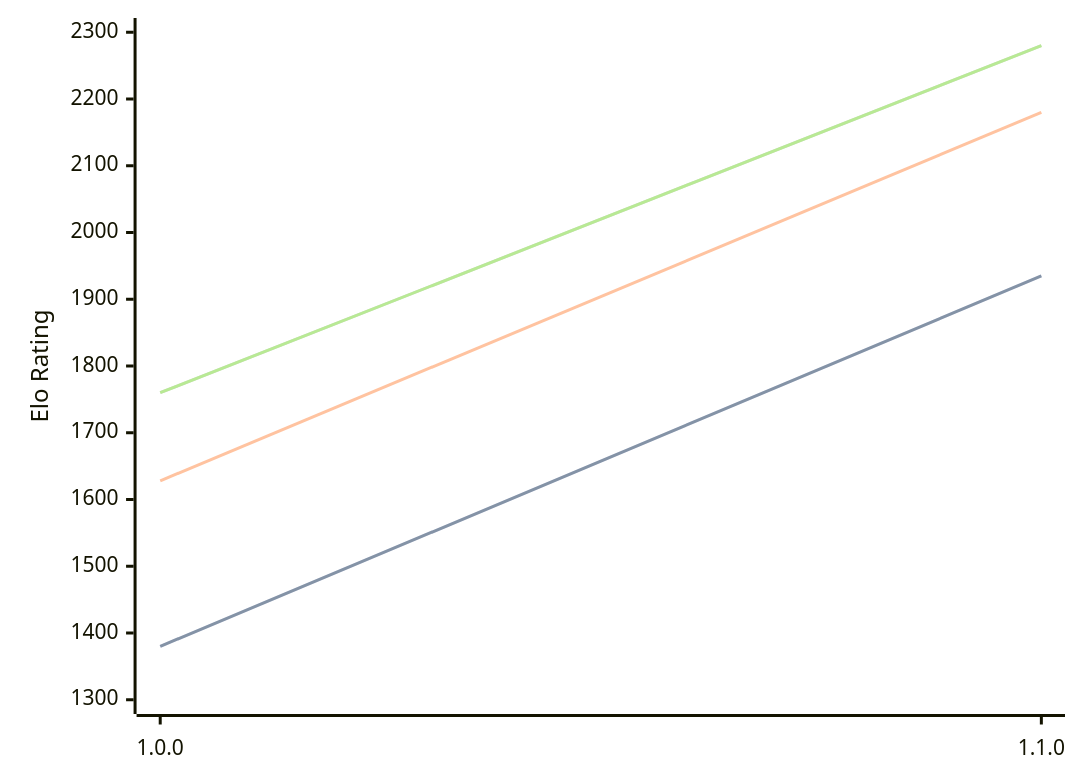
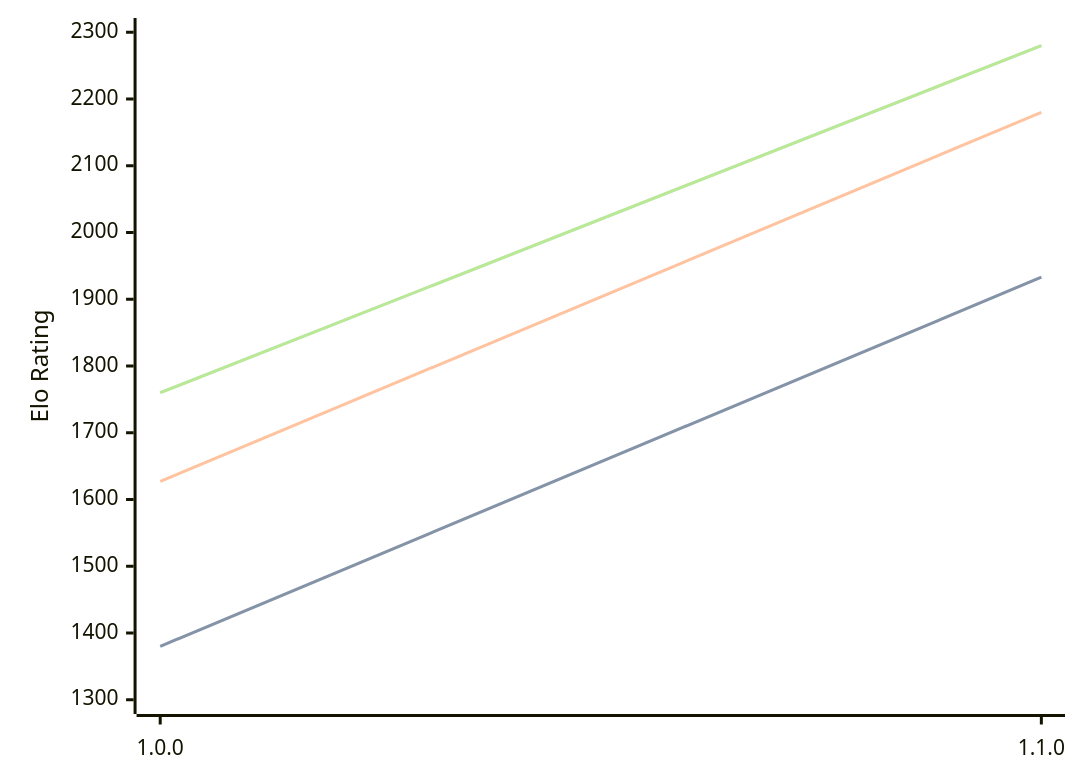
One commit to computer-chess-index/cci changed the diagram in engines/Akerbeltz.md. Above: the diagram before and after it, drawn with Mermaid. The commit also changed other lines of this file, not shown here.

````diff
--- a/engines/Akerbeltz.md
+++ b/engines/Akerbeltz.md
@@ -32,11 +32,11 @@
 ```mermaid
 %%{init: {"theme":"base","themeVariables":{"seriesColors:['#a3a3a3','#222221','#faa371']}}}%%
 xychart-beta
   x-axis ["1.0.0", "1.1.0"]
   y-axis "Elo Rating" 1300 --> 2300
-  line "STC (8.0+0.08s)" [1380, 1935]
-  line "STC (8.0+0.08s)" [1380, 1935]
-  line "LTC (60.0+0.60s)" [1628, 2180]
+  line "STC (8.0+0.08s)" [1380, 1933]
+  line "STC (8.0+0.08s)" [1380, 1933]
+  line "LTC (60.0+0.60s)" [1627, 2180]
   line "VLTC (2m24s+1.12s)" [1760, 2280]
   line "VLTC (2m24s+1.12s)" [1760, 2280]
 ```
````
